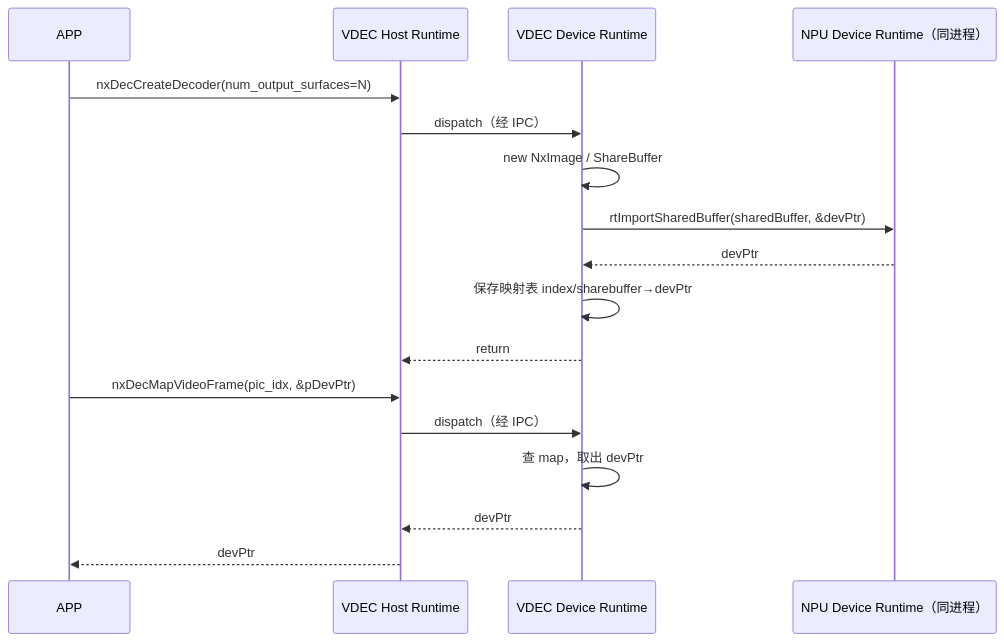
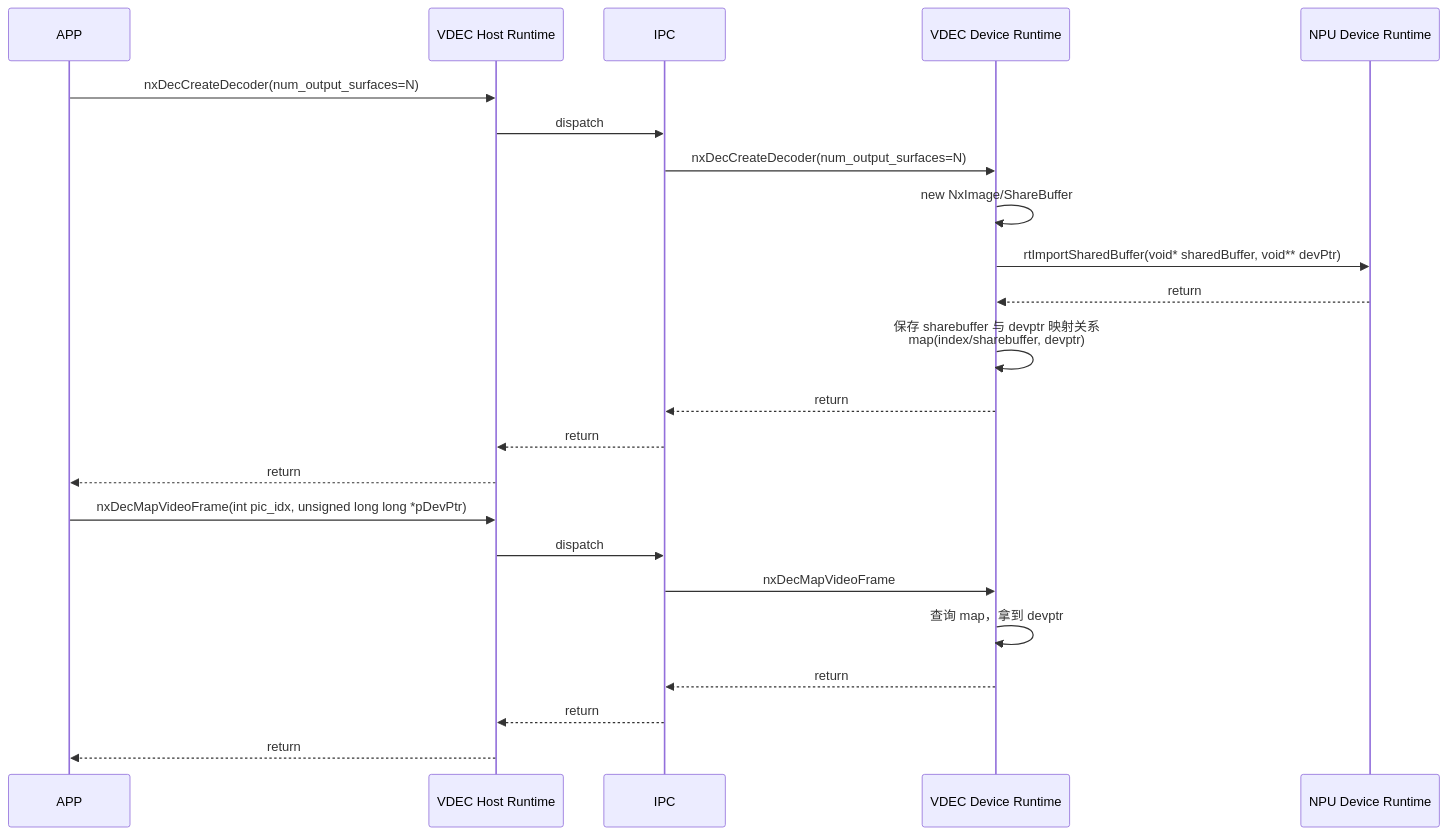
One commit to robertqd/AI-fundermentals changed the fifth of 10 diagrams in 01_hardware_architecture/video_codec/01_inference_card_decode_interface_alignment.md. Above: the diagram before and after it, drawn with Mermaid. The commit also changed other lines of this file and 1 other file, not shown here.

First line of the commit message:
fix(docs): correct sequence diagrams to match original design diagrams

````diff
--- a/01_hardware_architecture/video_codec/01_inference_card_decode_interface_alignment.md
+++ b/01_hardware_architecture/video_codec/01_inference_card_decode_interface_alignment.md
@@ -864,21 +996,27 @@
 ```mermaid
 sequenceDiagram
     participant APP
     participant Host as VDEC Host Runtime
+    participant IPC
     participant Dev as VDEC Device Runtime
-    participant NPU as NPU Device Runtime（同进程）
+    participant NPU as NPU Device Runtime
 
     APP->>Host: nxDecCreateDecoder(num_output_surfaces=N)
-    Host->>Dev: dispatch（经 IPC）
-    Dev->>Dev: new NxImage / ShareBuffer
-    Dev->>NPU: rtImportSharedBuffer(sharedBuffer, &devPtr)
-    NPU-->>Dev: devPtr
-    Dev->>Dev: 保存映射表 index/sharebuffer→devPtr
-    Dev-->>Host: return
+    Host->>IPC: dispatch
+    IPC->>Dev: nxDecCreateDecoder(num_output_surfaces=N)
+    Dev->>Dev: new NxImage/ShareBuffer
+    Dev->>NPU: rtImportSharedBuffer(void* sharedBuffer, void** devPtr)
+    NPU-->>Dev: return
+    Dev->>Dev: 保存 sharebuffer 与 devptr 映射关系<br/>map(index/sharebuffer, devptr)
+    Dev-->>IPC: return
+    IPC-->>Host: return
+    Host-->>APP: return
 
-    APP->>Host: nxDecMapVideoFrame(pic_idx, &pDevPtr)
-    Host->>Dev: dispatch（经 IPC）
-    Dev->>Dev: 查 map，取出 devPtr
-    Dev-->>Host: devPtr
-    Host-->>APP: devPtr
+    APP->>Host: nxDecMapVideoFrame(int pic_idx, unsigned long long *pDevPtr)
+    Host->>IPC: dispatch
+    IPC->>Dev: nxDecMapVideoFrame
+    Dev->>Dev: 查询 map，拿到 devptr
+    Dev-->>IPC: return
+    IPC-->>Host: return
+    Host-->>APP: return
 ```
````
